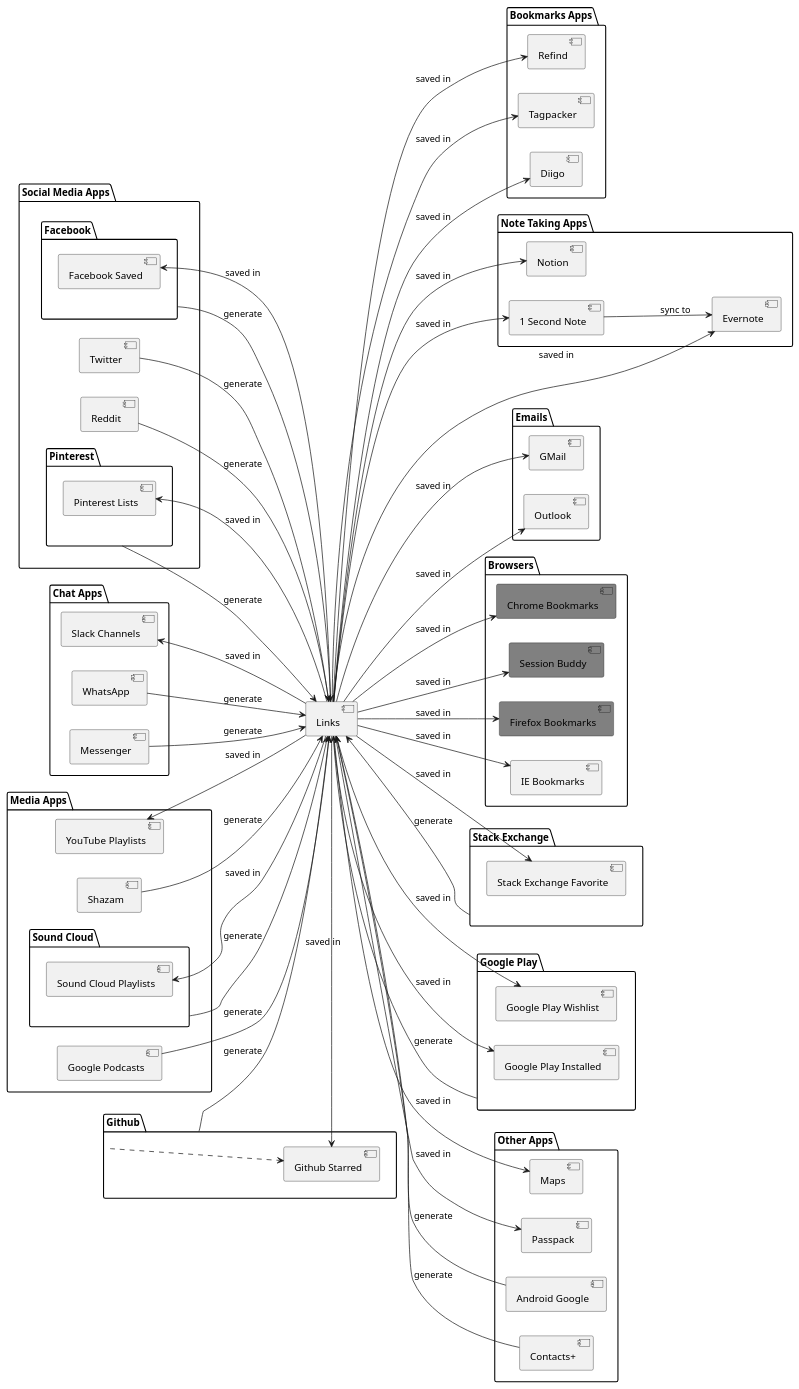
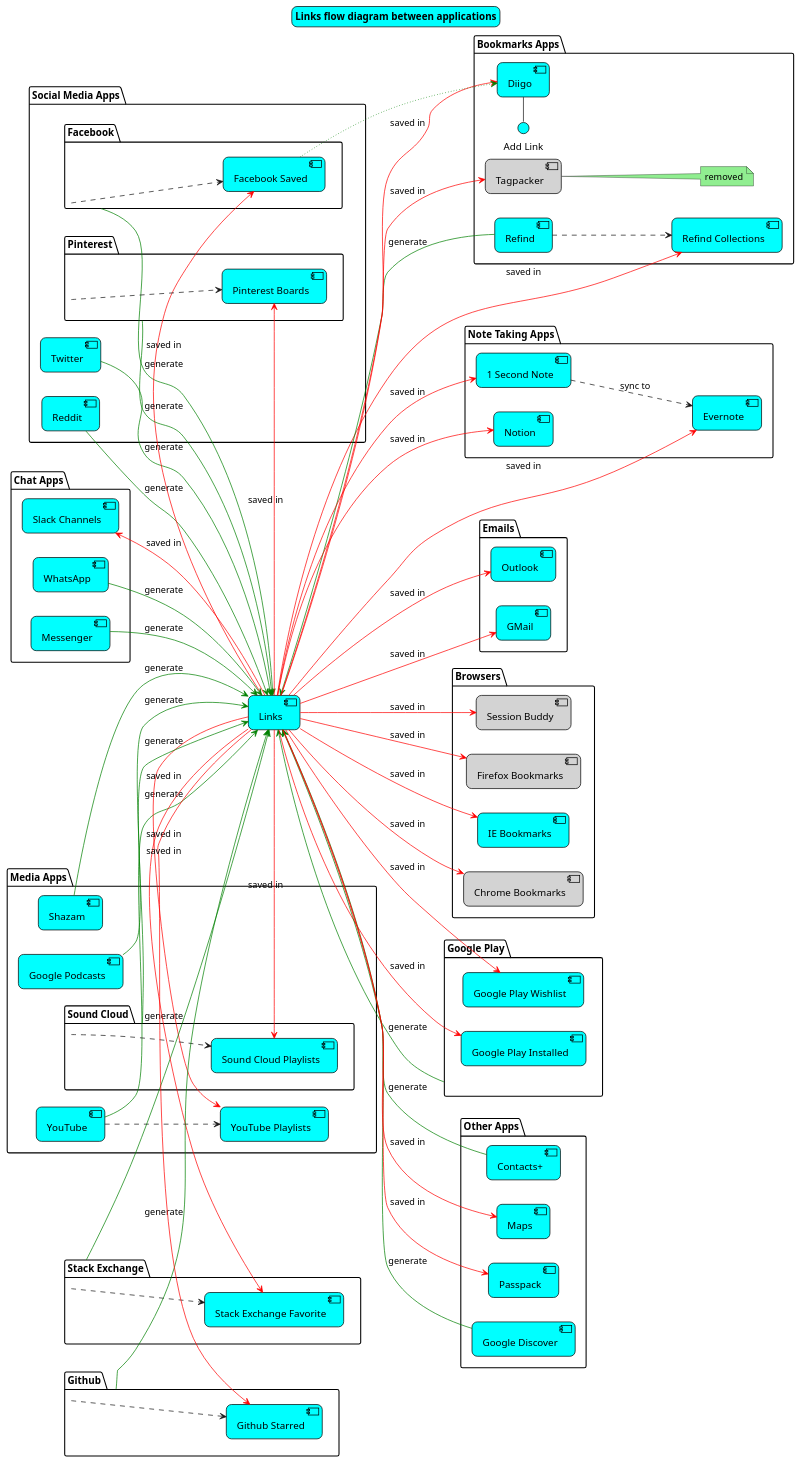
One commit to ramisedhom/LinksFlow changed the diagram in flow.puml. Above: the diagram before and after it, drawn with PlantUML. The commit also changed 1 other file, not shown here.

Commit message:
Add diagram title

```diff
--- a/flow.puml
+++ b/flow.puml
@@ -1,78 +1,97 @@
 @startuml
 left to right direction
+skinparam titleBorderRoundCorner 15
+skinparam titleBorderThickness 1
+skinparam titleBorderColor black
+skinparam titleBackgroundColor Aqua
+title Links flow diagram between applications
 
 'Objects
 [Links]
 
 'Packages
 package "Bookmarks Apps" {
-  [Links]-->[Refind] : saved in
-  [Links]-->[Tagpacker] : saved in
-  [Links]-->[Diigo] : saved in
+  [Links]-[#red]->[Refind Collections] : saved in
+  [Refind]-[#green]->[Links] : generate
+  [Refind]..>[Refind Collections]
+  [Tagpacker] #lightgrey
+  [Links]-[#red]->[Tagpacker] : saved in
+  note right of [Tagpacker] #lightgreen : removed
+  [Links]-[#red]->[Diigo] : saved in
+  interface "Add Link" as AL
+  AL - [Diigo]
 }
 package "Social Media Apps" {
-  [Twitter]-->[Links] : generate
-  [Reddit]-->[Links] : generate
+  [Twitter]-[#green]->[Links] : generate
+  [Reddit]-[#green]->[Links] : generate
   package "Facebook" {
-    [Facebook]-->[Links] : generate
-    [Links]-->[Facebook Saved] : saved in
+    [Facebook]-[#green]->[Links] : generate
+    [Links]-[#red]->[Facebook Saved] : saved in
+    
+    [Facebook]..>[Facebook Saved]
+    [Facebook Saved]-[#green,dotted]->[Diigo]
   }
   package "Pinterest" {
-    [Pinterest]-->[Links] : generate
-    [Links]-->[Pinterest Lists] : saved in
+    [Pinterest]-[#green]->[Links] : generate
+    [Links]-[#red]->[Pinterest Boards] : saved in
+    [Pinterest]..>[Pinterest Boards]
   }
 }
 package "Chat Apps" {
-  [WhatsApp]-->[Links] : generate
-  [Messenger]-->[Links] : generate
-  [Links]-->[Slack Channels] : saved in
+  [WhatsApp]-[#green]->[Links] : generate
+  [Messenger]-[#green]->[Links] : generate
+  [Links]-[#red]->[Slack Channels] : saved in
 }
 package "Media Apps" {
-  [Links]-->[YouTube Playlists] : saved in
-  [Shazam]-->[Links] : generate
-  [Google Podcasts]-->[Links] : generate
+  [YouTube]-[#green]->[Links] : generate
+  [Links]-[#red]->[YouTube Playlists] : saved in
+  [YouTube]..>[YouTube Playlists]
+  [Shazam]-[#green]->[Links] : generate
+  [Google Podcasts]-[#green]->[Links] : generate
   package "Sound Cloud" {
-    [Sound Cloud]-->[Links] : generate
-    [Links]-->[Sound Cloud Playlists] : saved in
+    [Sound Cloud]-[#green]->[Links] : generate
+    [Links]-[#red]->[Sound Cloud Playlists] : saved in
+    [Sound Cloud]..>[Sound Cloud Playlists]
   }
 }
 package "Note Taking Apps" {
-  [Links]-->[Notion] : saved in
-  [Links]-->[Evernote] : saved in
-  [Links]-->[1 Second Note] : saved in
-  [1 Second Note]-->[Evernote] : sync to
+  [Links]-[#red]->[Notion] : saved in
+  [Links]-[#red]->[Evernote] : saved in
+  [Links]-[#red]->[1 Second Note] : saved in
+  [1 Second Note]..>[Evernote] : sync to
 }
 package "Emails" {
-  [Links]-->[GMail] : saved in
-  [Links]-->[Outlook] : saved in
+  [Links]-[#red]->[GMail] : saved in
+  [Links]-[#red]->[Outlook] : saved in
 }
 package "Browsers" {
-  [Chrome Bookmarks] #Grey
-  [Session Buddy] #Grey
-  [Firefox Bookmarks] #Grey
-  [Links]-->[Chrome Bookmarks] : saved in
-  [Links]-->[Firefox Bookmarks] : saved in
-  [Links]-->[IE Bookmarks] : saved in
-  [Links]-->[Session Buddy] : saved in
+  [Chrome Bookmarks] #lightgrey
+  [Session Buddy] #lightgrey
+  [Firefox Bookmarks] #lightgrey
+  [Links]-[#red]->[Chrome Bookmarks] : saved in
+  [Links]-[#red]->[Firefox Bookmarks] : saved in
+  [Links]-[#red]->[IE Bookmarks] : saved in
+  [Links]-[#red]->[Session Buddy] : saved in
 }
 package "Stack Exchange" {
-  [Stack Exchange]-->[Links] : generate
-  [Links]-->[Stack Exchange Favorite] : saved in
+  [Stack Exchange]-[#green]->[Links] : generate
+  [Links]-[#red]->[Stack Exchange Favorite] : saved in
+  [Stack Exchange]..>[Stack Exchange Favorite]
 }
 package "Google Play" {
-  [Google Play]-->[Links] : generate
-  [Links]-->[Google Play Wishlist] : saved in
-  [Links]-->[Google Play Installed] : saved in
+  [Google Play]-[#green]->[Links] : generate
+  [Links]-[#red]->[Google Play Wishlist] : saved in
+  [Links]-[#red]->[Google Play Installed] : saved in
 }
 package "Github" {
-  [Github]-->[Links] : generate
-  [Links]-->[Github Starred] : saved in
+  [Github]-[#green]->[Links] : generate
+  [Links]-[#red]->[Github Starred] : saved in
   [Github]..>[Github Starred]
 }
 package "Other Apps" {
-  [Android Google]-->[Links] : generate
-  [Contacts+]-->[Links] : generate
-  [Links]-->[Maps] : saved in
-  [Links]-->[Passpack] : saved in
+  [Google Discover]-[#green]->[Links] : generate
+  [Contacts+]-[#green]->[Links] : generate
+  [Links]-[#red]->[Maps] : saved in
+  [Links]-[#red]->[Passpack] : saved in
 }
 @enduml
```
